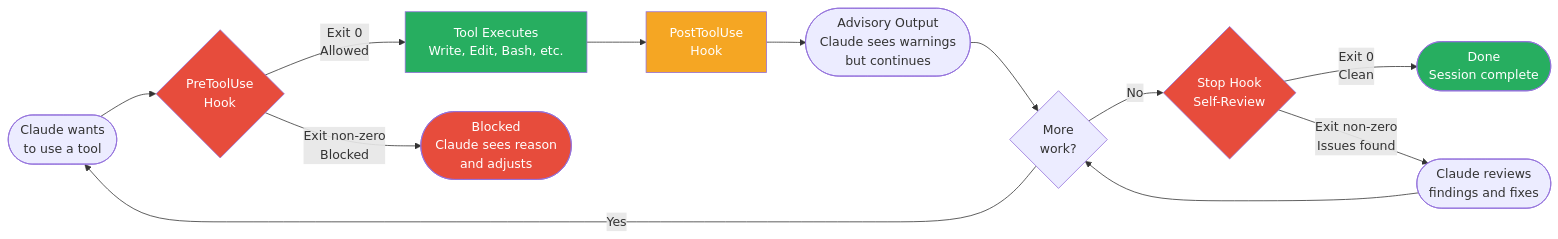
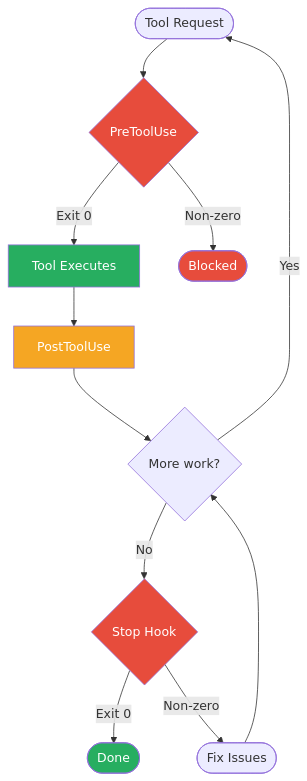
Before and after one commit to Alaslani/AI-Framework: the diagram in docs/diagrams/hook-execution-flow.md, drawn with Mermaid. The commit also changed 7 other files, not shown here.

First line of the commit message:
fix(diagrams): simplify Mermaid diagrams for GitHub rendering

````diff
--- a/docs/diagrams/hook-execution-flow.md
+++ b/docs/diagrams/hook-execution-flow.md
@@ -5,25 +5,20 @@
 ```mermaid
-flowchart LR
-    REQ([Claude wants\nto use a tool]) --> PRE{PreToolUse\nHook}
-
-    PRE -->|Exit 0\nAllowed| TOOL[Tool Executes\nWrite, Edit, Bash, etc.]
-    PRE -->|Exit non-zero\nBlocked| BLOCKED([Blocked\nClaude sees reason\nand adjusts])
-
-    TOOL --> POST[PostToolUse\nHook]
-    POST --> ADVISORY([Advisory Output\nClaude sees warnings\nbut continues])
-
-    ADVISORY --> MORE{More\nwork?}
+flowchart TD
+    REQ([Tool Request]) --> PRE{PreToolUse}
+    PRE -->|Exit 0| TOOL[Tool Executes]
+    PRE -->|Non-zero| BLOCKED([Blocked])
+    TOOL --> POST[PostToolUse]
+    POST --> MORE{More work?}
     MORE -->|Yes| REQ
-    MORE -->|No| STOP{Stop Hook\nSelf-Review}
-
-    STOP -->|Exit 0\nClean| DONE([Done\nSession complete])
-    STOP -->|Exit non-zero\nIssues found| FIX([Claude reviews\nfindings and fixes])
+    MORE -->|No| STOP{Stop Hook}
+    STOP -->|Exit 0| DONE([Done])
+    STOP -->|Non-zero| FIX([Fix Issues])
     FIX --> MORE
 
     style PRE fill:#e74c3c,color:#fff
     style TOOL fill:#27ae60,color:#fff
     style POST fill:#f5a623,color:#fff
     style STOP fill:#e74c3c,color:#fff
     style BLOCKED fill:#e74c3c,color:#fff
     style DONE fill:#27ae60,color:#fff
 ```
````
